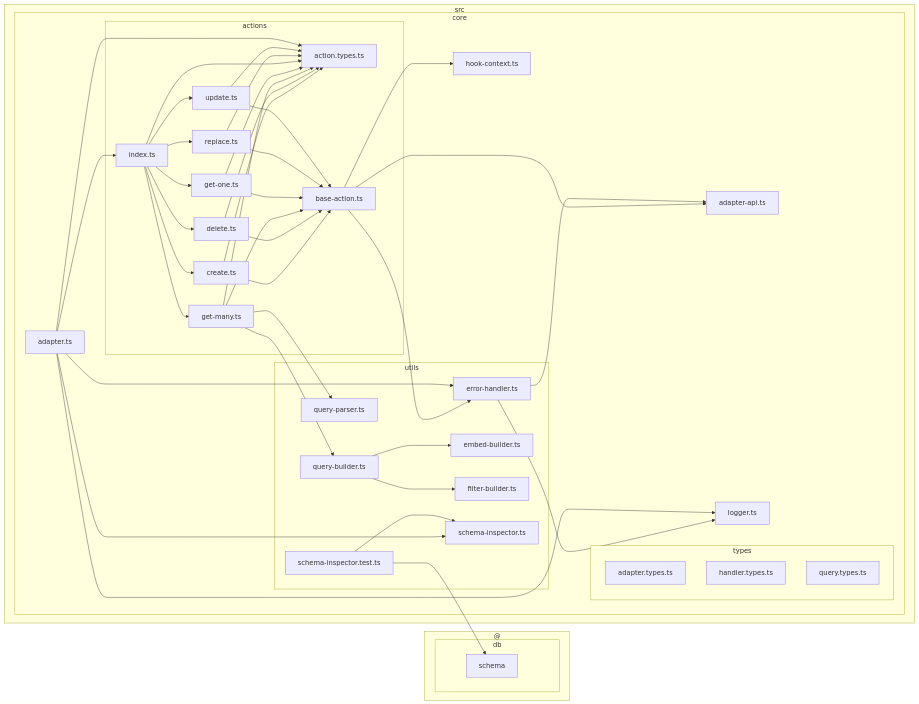
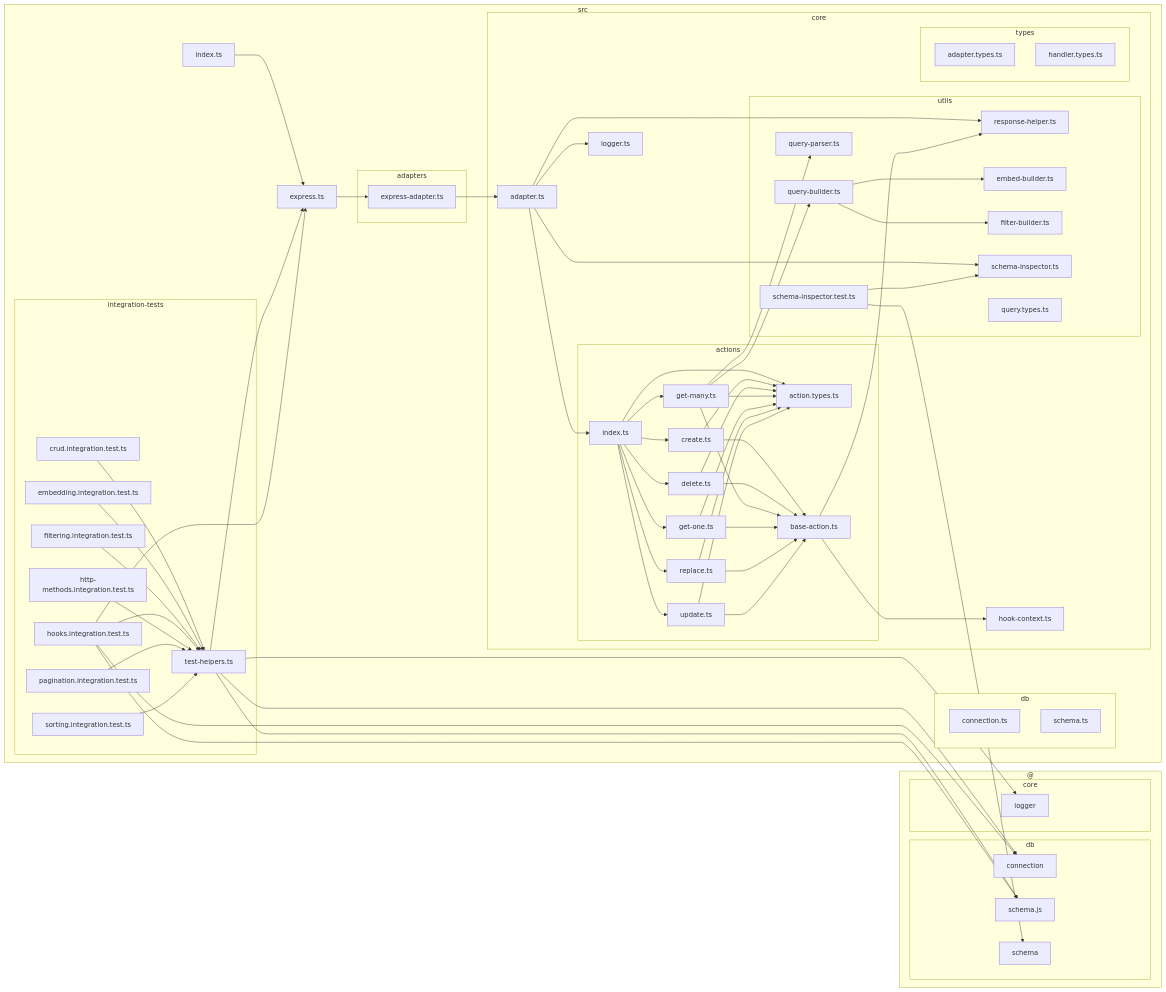
One commit to mgaebler/drizzle-rest changed the diagram in dependencies.mmd. Above: the diagram before and after it, drawn with Mermaid.

Commit message:
refactor: reorganize dependency structure in mermaid flowchart for improved clarity

```diff
--- a/dependencies.mmd
+++ b/dependencies.mmd
@@ -1,75 +1,111 @@
 flowchart LR
 
 subgraph 0["src"]
-subgraph 1["core"]
-subgraph 2["actions"]
-3["action.types.ts"]
-4["base-action.ts"]
-A["create.ts"]
-B["delete.ts"]
-C["get-many.ts"]
-H["get-one.ts"]
-I["index.ts"]
-J["replace.ts"]
-K["update.ts"]
+subgraph 1["adapters"]
+2["express-adapter.ts"]
 end
-5["adapter-api.ts"]
-6["hook-context.ts"]
-subgraph 7["utils"]
-8["error-handler.ts"]
-D["query-builder.ts"]
-E["embed-builder.ts"]
-F["filter-builder.ts"]
-G["query-parser.ts"]
-M["schema-inspector.ts"]
-R["schema-inspector.test.ts"]
+subgraph 3["core"]
+4["adapter.ts"]
+subgraph 5["actions"]
+6["index.ts"]
+7["action.types.ts"]
+8["create.ts"]
+9["base-action.ts"]
+D["delete.ts"]
+E["get-many.ts"]
+J["get-one.ts"]
+K["replace.ts"]
+L["update.ts"]
 end
-9["logger.ts"]
-L["adapter.ts"]
-subgraph N["types"]
-O["adapter.types.ts"]
-P["handler.types.ts"]
-Q["query.types.ts"]
+A["hook-context.ts"]
+subgraph B["utils"]
+C["response-helper.ts"]
+F["query-builder.ts"]
+G["embed-builder.ts"]
+H["filter-builder.ts"]
+I["query-parser.ts"]
+N["schema-inspector.ts"]
+R["query.types.ts"]
+S["schema-inspector.test.ts"]
+end
+M["logger.ts"]
+subgraph O["types"]
+P["adapter.types.ts"]
+Q["handler.types.ts"]
 end
 end
+subgraph W["db"]
+X["connection.ts"]
+Y["schema.ts"]
 end
-subgraph S["@"]
-subgraph T["db"]
-U["schema"]
+Z["express.ts"]
+10["index.ts"]
+subgraph 11["integration-tests"]
+12["crud.integration.test.ts"]
+13["test-helpers.ts"]
+18["embedding.integration.test.ts"]
+19["filtering.integration.test.ts"]
+1A["hooks.integration.test.ts"]
+1B["http-methods.integration.test.ts"]
+1C["pagination.integration.test.ts"]
+1D["sorting.integration.test.ts"]
 end
 end
-4-->5
+subgraph T["@"]
+subgraph U["db"]
+V["schema"]
+16["connection"]
+17["schema.js"]
+end
+subgraph 14["core"]
+15["logger"]
+end
+end
+2-->4
 4-->6
-4-->8
-8-->5
+4-->M
+4-->C
+4-->N
+6-->7
+6-->8
+6-->D
+6-->E
+6-->J
+6-->K
+6-->L
+8-->7
 8-->9
-A-->3
-A-->4
-B-->3
-B-->4
-C-->D
-C-->G
-C-->3
-C-->4
-D-->E
-D-->F
-H-->3
-H-->4
-I-->3
-I-->A
-I-->B
-I-->C
-I-->H
-I-->J
-I-->K
-J-->3
-J-->4
-K-->3
-K-->4
-L-->I
-L-->3
+9-->A
+9-->C
+D-->7
+D-->9
+E-->F
+E-->I
+E-->7
+E-->9
+F-->G
+F-->H
+J-->7
+J-->9
+K-->7
+K-->9
+L-->7
 L-->9
-L-->8
-L-->M
-R-->M
-R-->U
+S-->N
+S-->V
+Z-->2
+10-->Z
+12-->13
+13-->Z
+13-->15
+13-->16
+13-->17
+18-->13
+19-->13
+1A-->Z
+1A-->13
+1A-->16
+1A-->17
+1B-->13
+1C-->13
+1D-->13
```
